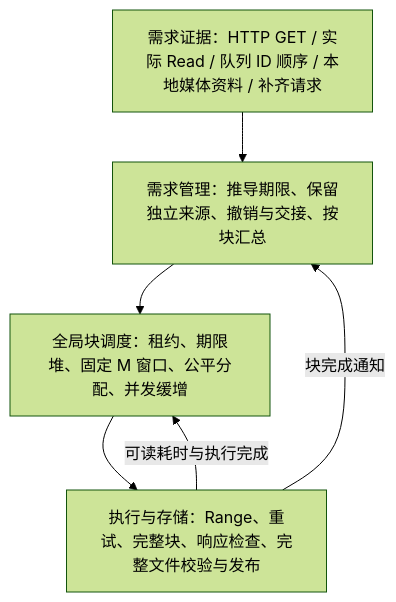
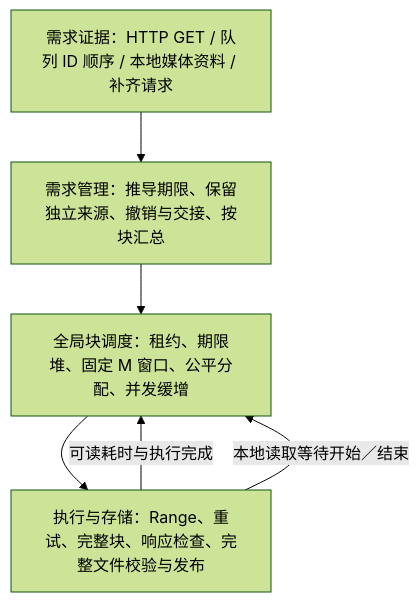
Before and after one commit to SW26010/still-wanna-dance: the diagram in docs/block-scheduler-design.md, drawn with Mermaid (forest theme). The commit also changed other lines of this file and 37 other files, not shown here.

````diff
--- a/docs/block-scheduler-design.md
+++ b/docs/block-scheduler-design.md
@@ -28,10 +28,10 @@
 ```mermaid
 flowchart TD
-    A["需求证据：HTTP GET / 实际 Read / 队列 ID 顺序 / 本地媒体资料 / 补齐请求"]
+    A["需求证据：HTTP GET / 队列 ID 顺序 / 本地媒体资料 / 补齐请求"]
     B["需求管理：推导期限、保留独立来源、撤销与交接、按块汇总"]
     C["全局块调度：租约、期限堆、固定 M 窗口、公平分配、并发缓增"]
     D["执行与存储：Range、重试、完整块、响应检查、完整文件校验与发布"]
     A --> B --> C --> D
     D -->|"可读耗时与执行完成"| C
-    D -->|"块完成通知"| B
+    D -->|"本地读取等待开始／结束"| C
 ```
````
